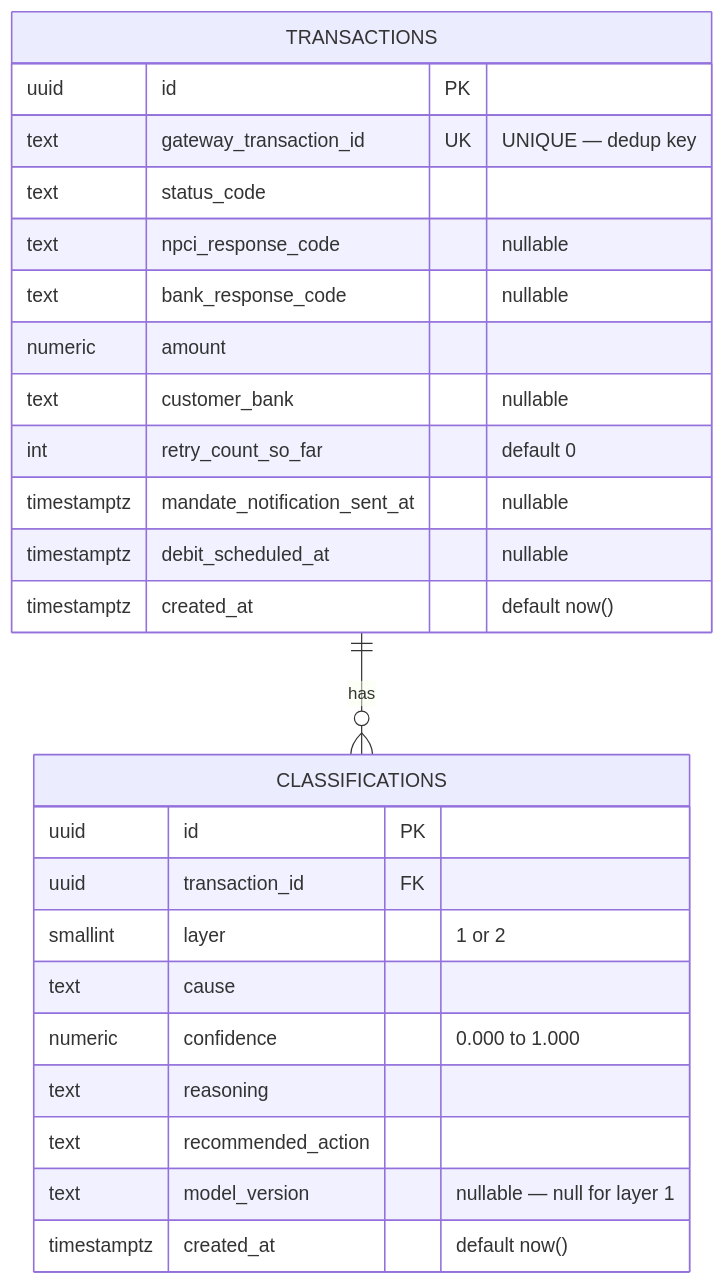
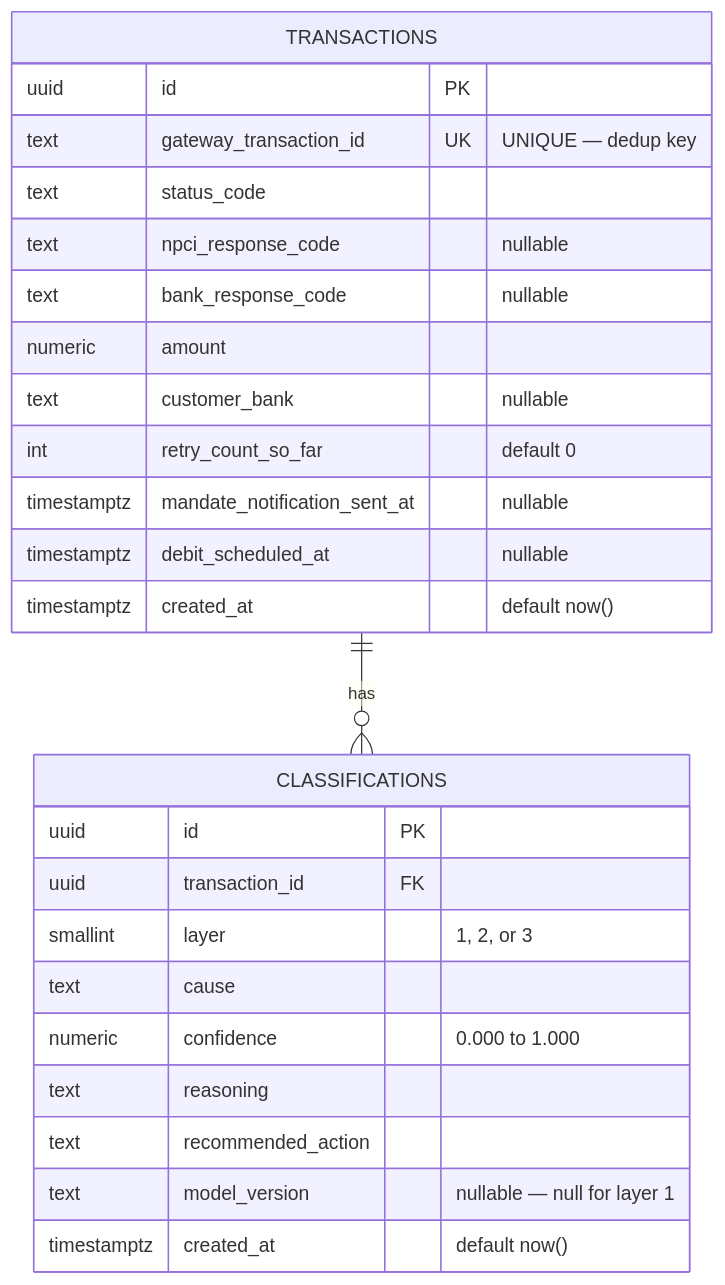
The diagram in db/docs/schema.md (Dustu103/Razorpay), drawn with Mermaid before and after one commit. The commit also changed other lines of this file and 30 other files, not shown here.

````diff
--- a/db/docs/schema.md
+++ b/db/docs/schema.md
@@ -11,30 +11,30 @@
 ```mermaid
 erDiagram
     TRANSACTIONS {
         uuid id PK
         text gateway_transaction_id UK "UNIQUE — dedup key"
         text status_code
         text npci_response_code "nullable"
         text bank_response_code "nullable"
         numeric amount
         text customer_bank "nullable"
         int retry_count_so_far "default 0"
         timestamptz mandate_notification_sent_at "nullable"
         timestamptz debit_scheduled_at "nullable"
         timestamptz created_at "default now()"
     }
 
     CLASSIFICATIONS {
         uuid id PK
         uuid transaction_id FK
-        smallint layer "1 or 2"
+        smallint layer "1, 2, or 3"
         text cause
         numeric confidence "0.000 to 1.000"
         text reasoning
         text recommended_action
         text model_version "nullable — null for layer 1"
         timestamptz created_at "default now()"
     }
 
     TRANSACTIONS ||--o{ CLASSIFICATIONS : "has"
 ```
````
